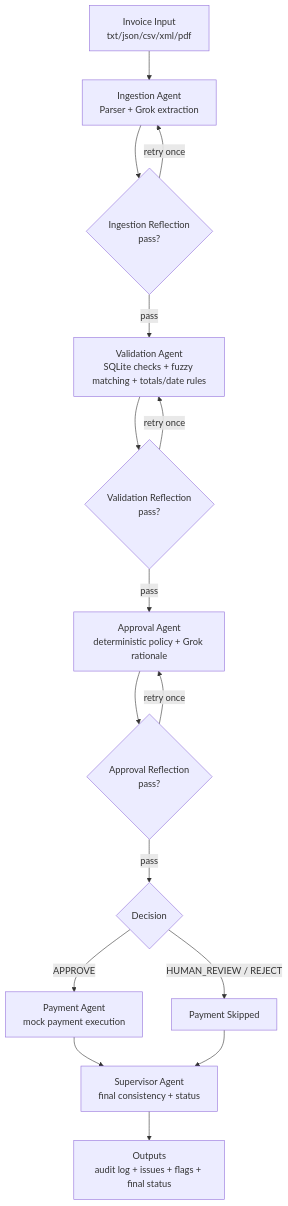
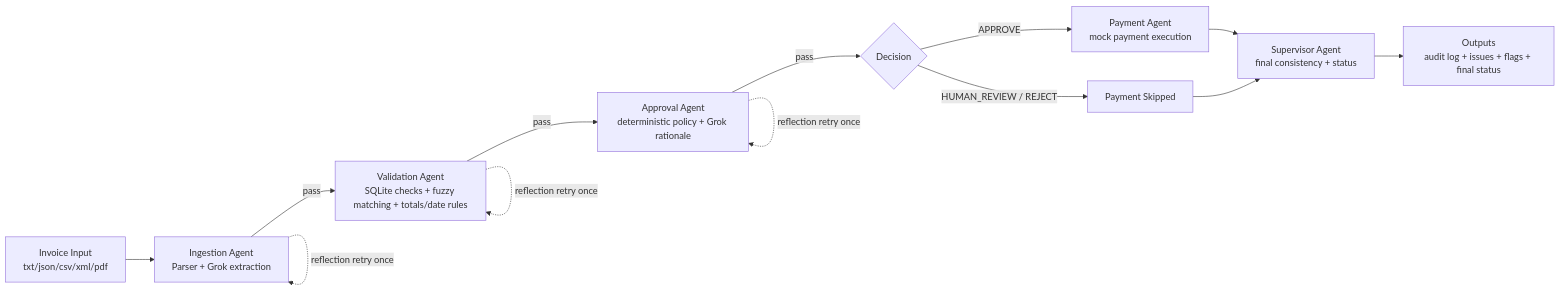
The diagram in README.md (Xenkins/galatiq-case-invoices), drawn with Mermaid before and after one commit.

Commit message:
fix readme again

````diff
--- a/README.md
+++ b/README.md
@@ -91,18 +91,15 @@
 ```mermaid
-flowchart TD
+flowchart LR
     A[Invoice Input<br/>txt/json/csv/xml/pdf] --> B[Ingestion Agent<br/>Parser + Grok extraction]
-    B --> C{Ingestion Reflection<br/>pass?}
-    C -->|retry once| B
-    C -->|pass| D[Validation Agent<br/>SQLite checks + fuzzy matching + totals/date rules]
-    D --> E{Validation Reflection<br/>pass?}
-    E -->|retry once| D
-    E -->|pass| F[Approval Agent<br/>deterministic policy + Grok rationale]
-    F --> G{Approval Reflection<br/>pass?}
-    G -->|retry once| F
-    G -->|pass| H{Decision}
+    B -->|pass| D[Validation Agent<br/>SQLite checks + fuzzy matching + totals/date rules]
+    B -.->|reflection retry once| B
+    D -->|pass| F[Approval Agent<br/>deterministic policy + Grok rationale]
+    D -.->|reflection retry once| D
+    F -->|pass| H{Decision}
+    F -.->|reflection retry once| F
     H -->|APPROVE| I[Payment Agent<br/>mock payment execution]
     H -->|HUMAN_REVIEW / REJECT| J[Payment Skipped]
     I --> K[Supervisor Agent<br/>final consistency + status]
     J --> K
     K --> L[Outputs<br/>audit log + issues + flags + final status]
 ```
````
